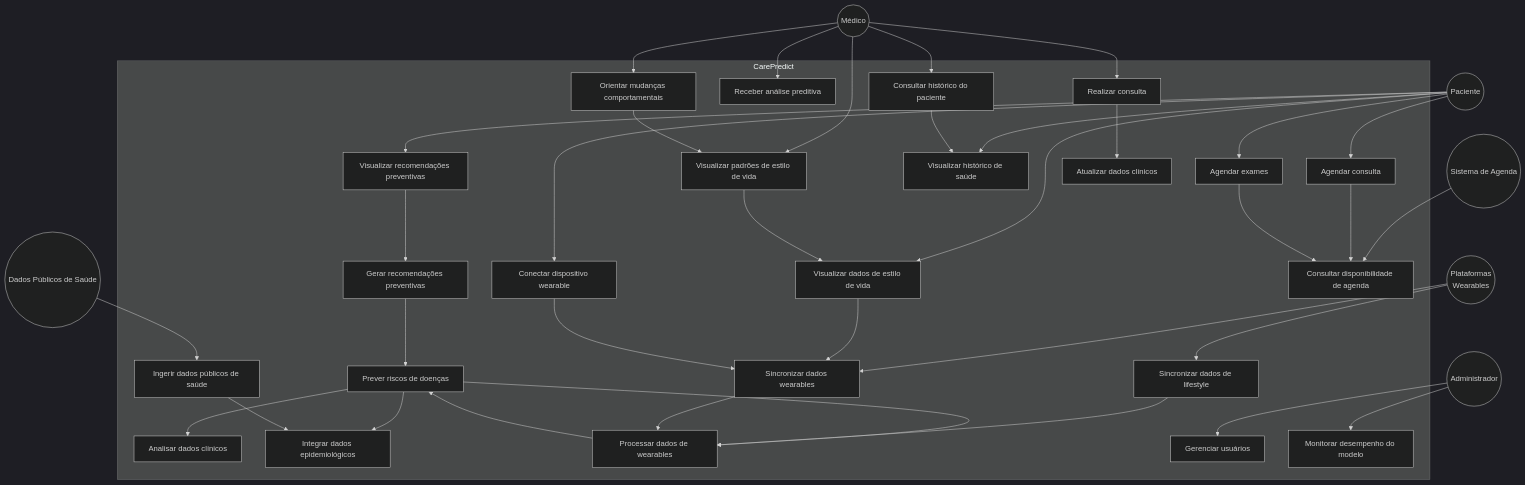
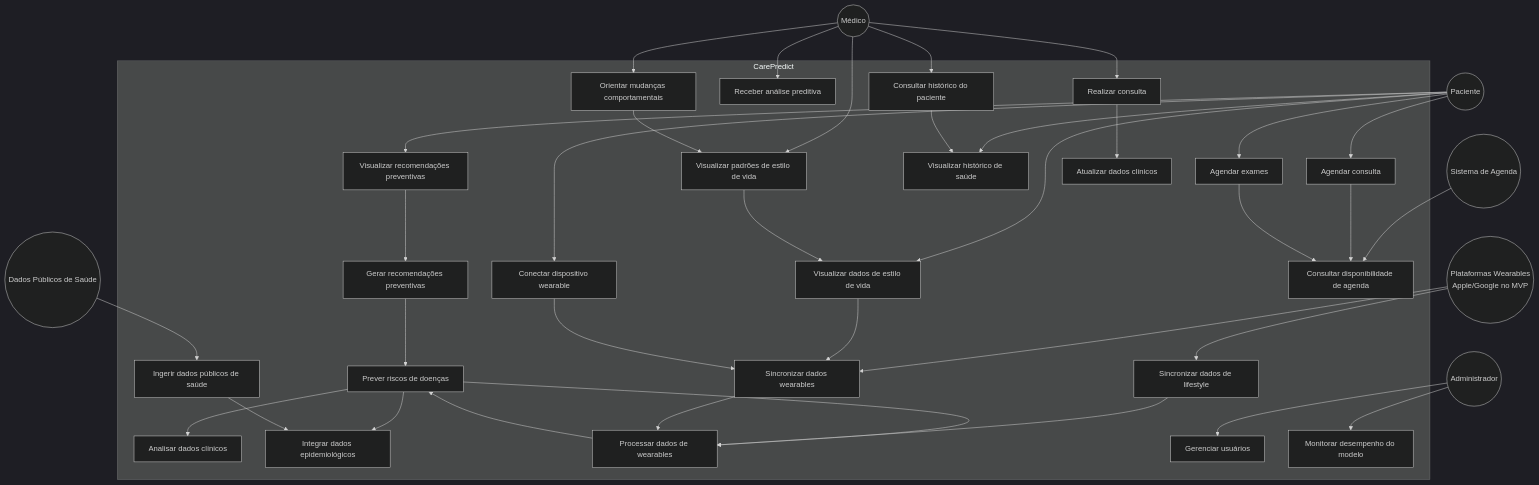
The diagram in DIAGRAMA DE CASO DE USO.md (ccps1-care-predict/care-plus-ccps1), drawn with Mermaid (dark theme) before and after one commit. The commit also changed other lines of this file and 7 other files, not shown here.

```diff
--- a/DIAGRAMA DE CASO DE USO.md
+++ b/DIAGRAMA DE CASO DE USO.md
@@ -110,7 +117,7 @@
 Admin((Administrador))
 Agenda((Sistema de Agenda))
 DadosPublicos((Dados Públicos de Saúde))
-Wearables((Plataformas<br/>Wearables))
+Wearables((Plataformas Wearables<br/>Apple/Google no MVP))
 
 %% SISTEMA
 
```
